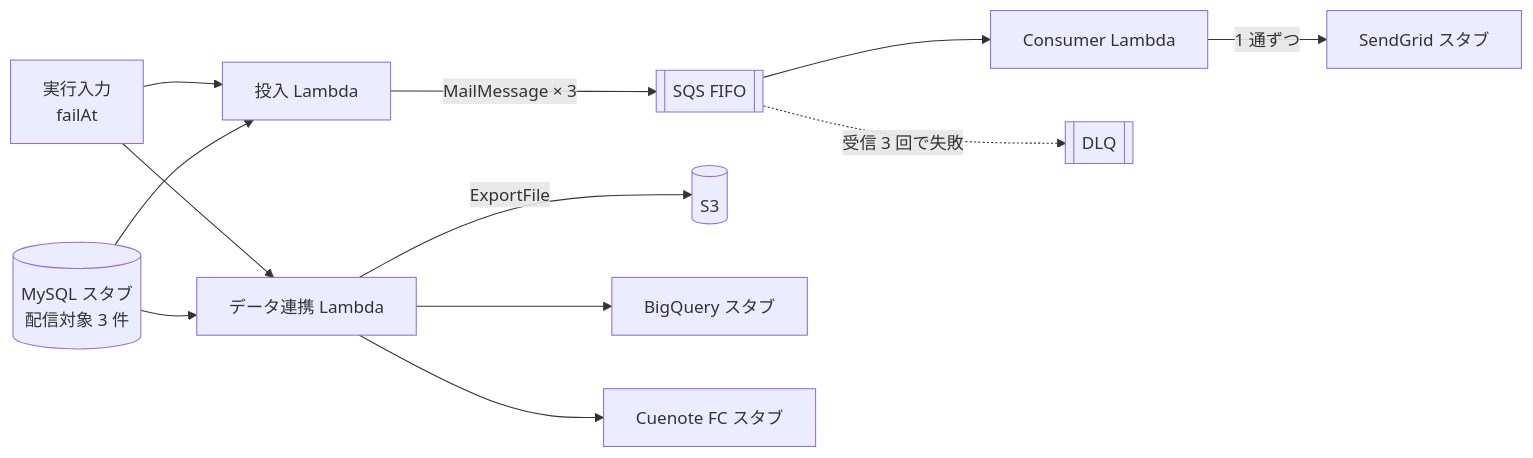
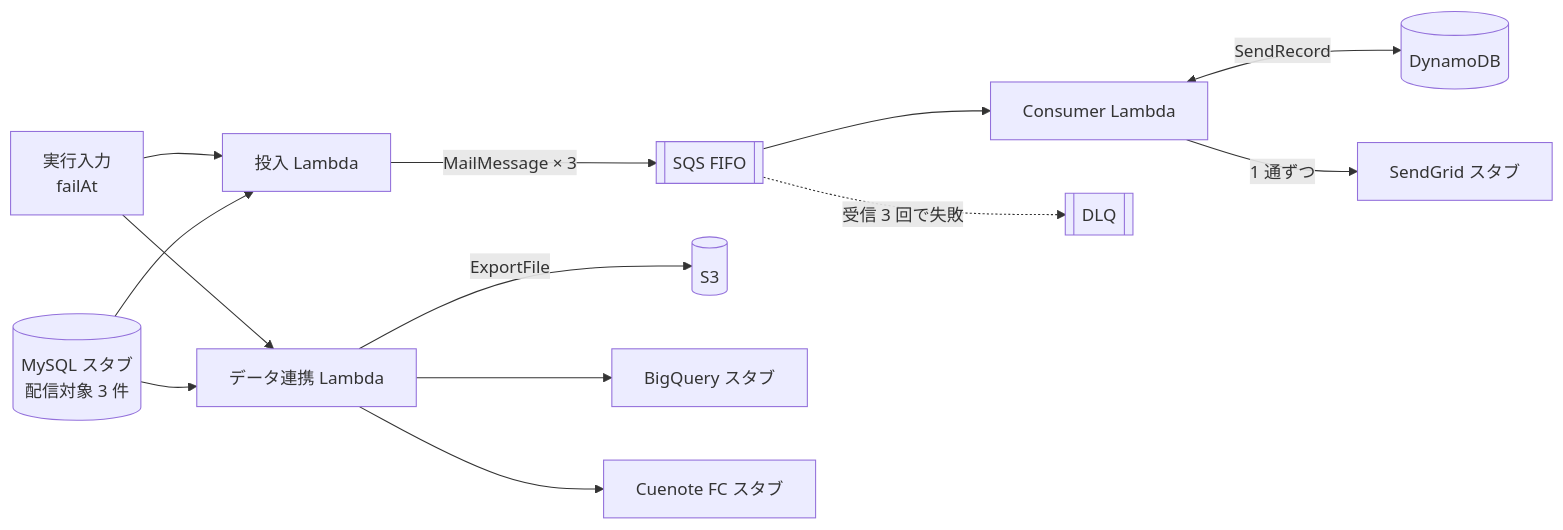
The second of 2 diagrams in docs/05-data-specification.md (kojikawazu/serverless-practice-app), drawn with Mermaid before and after one commit. The commit also changed other lines of this file and 46 other files, not shown here.

````diff
--- a/docs/05-data-specification.md
+++ b/docs/05-data-specification.md
@@ -147,14 +176,15 @@
 ```mermaid
 flowchart LR
     IN[実行入力<br/>failAt] --> ENQ[投入 Lambda]
     IN --> SYNC[データ連携 Lambda]
     MYSQL[(MySQL スタブ<br/>配信対象 3 件)] --> ENQ
     MYSQL --> SYNC
     ENQ -->|MailMessage × 3| Q[[SQS FIFO]]
     Q --> CON[Consumer Lambda]
     Q -. 受信 3 回で失敗 .-> DLQ[[DLQ]]
+    CON <-->|SendRecord| DDB[(DynamoDB)]
     CON -->|1 通ずつ| SG[SendGrid スタブ]
     SYNC -->|ExportFile| S3[(S3)]
     SYNC --> BQ[BigQuery スタブ]
     SYNC --> CUE[Cuenote FC スタブ]
 ```
````
